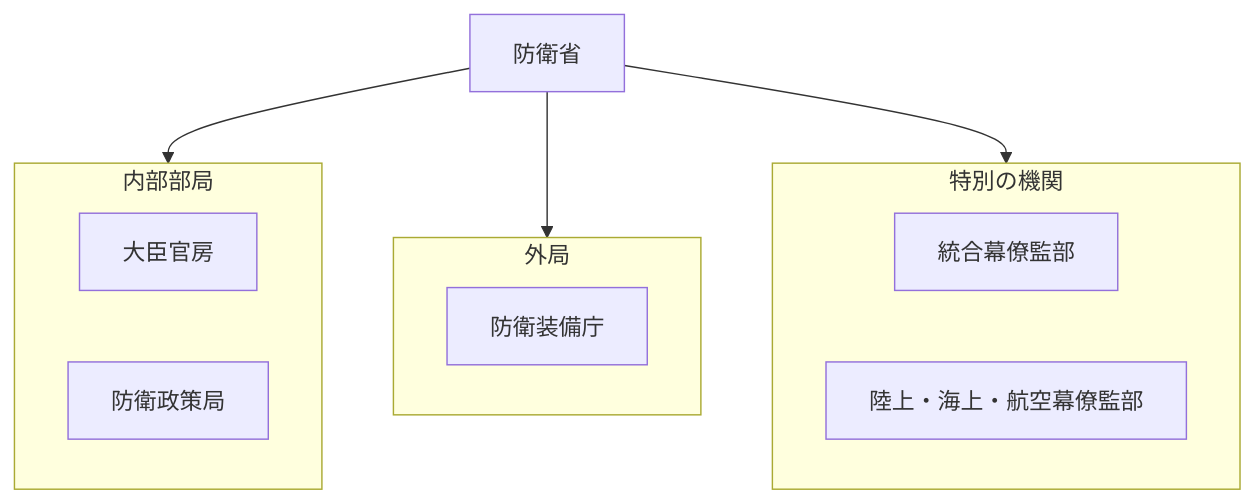
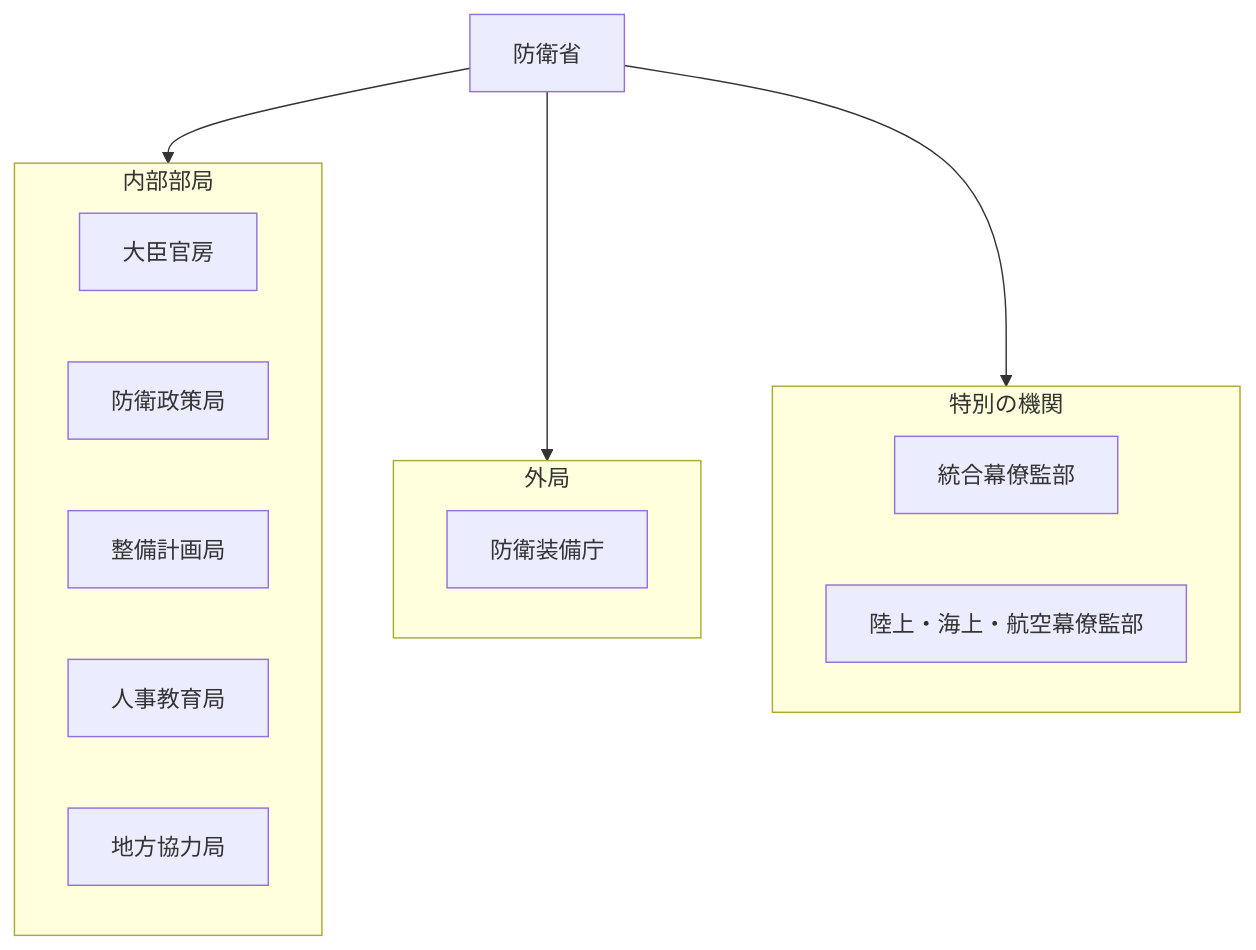
Before and after one commit to tatemaru/jp-admin-org-chart: the diagram in 行政機構/防衛省/README.md, drawn with Mermaid. The commit also changed 12 other files, not shown here.

First line of the commit message:
chore(snapshot): 行政機構図 2025.8 に追従

````diff
--- a/行政機構/防衛省/README.md
+++ b/行政機構/防衛省/README.md
@@ -5,18 +5,21 @@
 ```mermaid
 flowchart TB
   root["防衛省"]
   subgraph g0["内部部局"]
     n0_0["大臣官房"]
     n0_1["防衛政策局"]
+    n0_2["整備計画局"]
+    n0_3["人事教育局"]
+    n0_4["地方協力局"]
   end
   root --> g0
   subgraph g1["外局"]
     n1_0["防衛装備庁"]
   end
   root --> g1
   subgraph g2["特別の機関"]
     n2_0["統合幕僚監部"]
     n2_1["陸上・海上・航空幕僚監部"]
   end
   root --> g2
 ```
````
